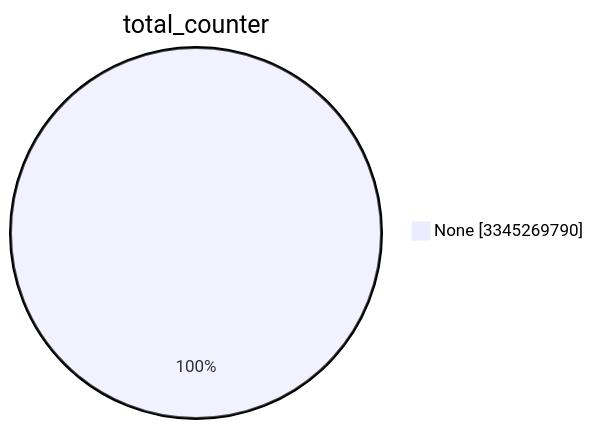
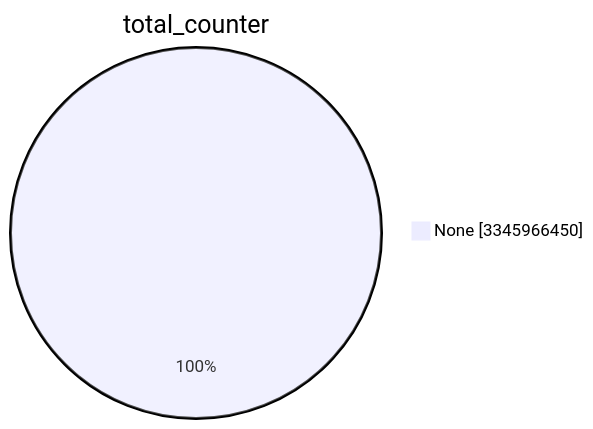
Before and after one commit to christiankrug/ctmonitor_visualization: the first of 15 diagrams in TOTAL/README.md, drawn with Mermaid. The commit also changed other lines of this file, not shown here.

````diff
--- a/TOTAL/README.md
+++ b/TOTAL/README.md
@@ -1,5 +1,5 @@
 ```mermaid
 pie showData
 title total_counter
-"None" :3345269790
+"None" :3345966450
 ```
````
